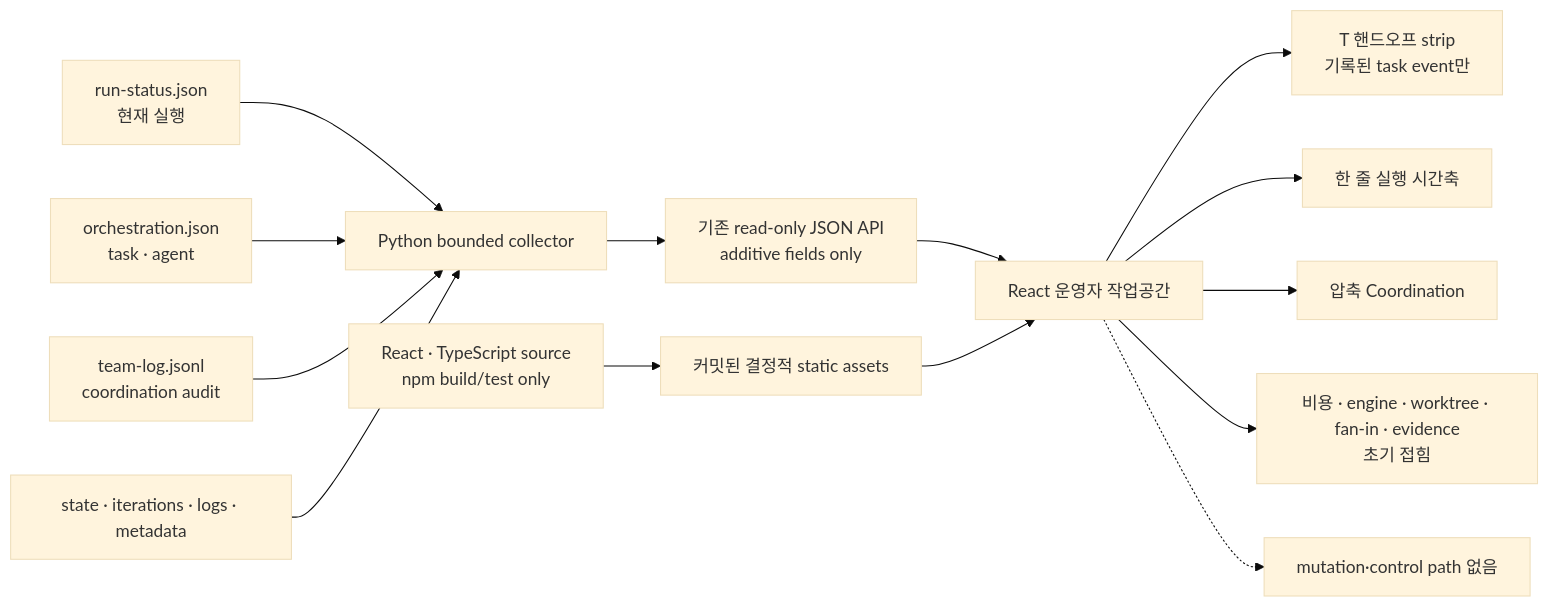
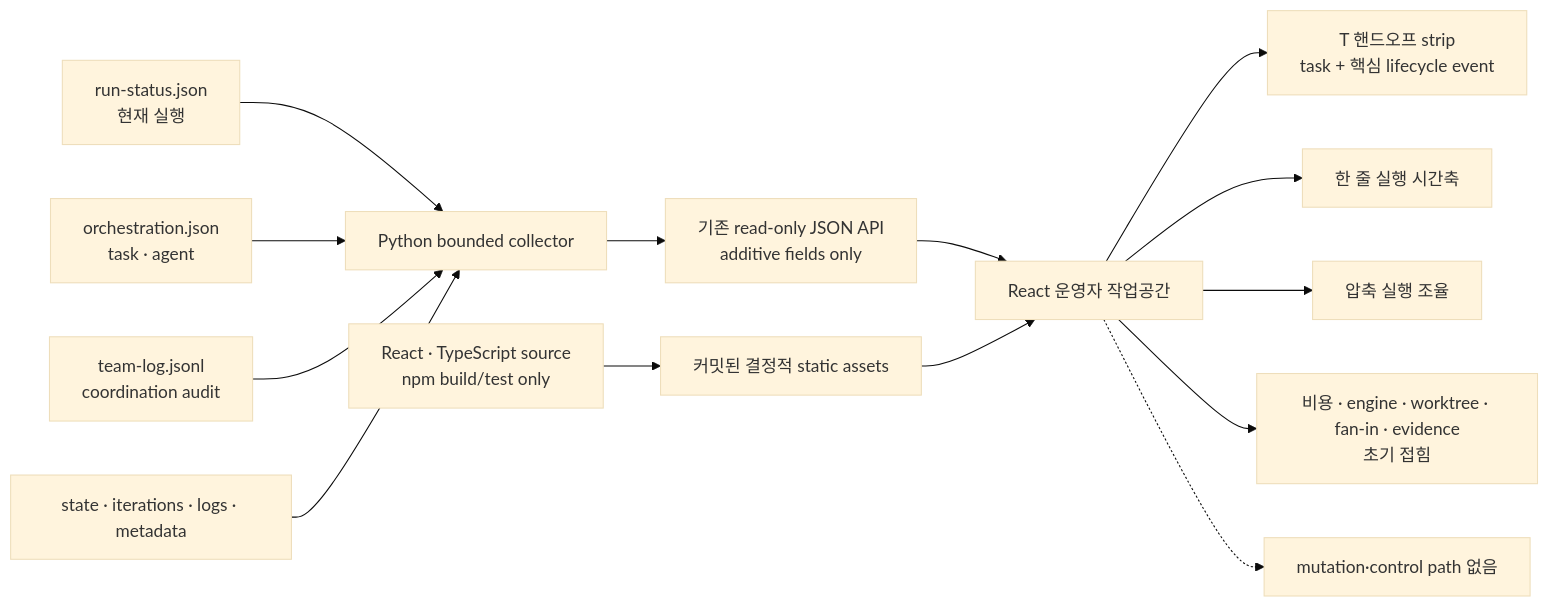
The diagram in docs/specs/2026-08-19-autoloop-dashboard-operator-ux.md (nohdol97/nohdol-harness), drawn with Mermaid (base theme) before and after one commit. The commit also changed other lines of this file and 5 other files, not shown here.

````diff
--- a/docs/specs/2026-08-19-autoloop-dashboard-operator-ux.md
+++ b/docs/specs/2026-08-19-autoloop-dashboard-operator-ux.md
@@ -61,16 +61,16 @@
 ```mermaid
 flowchart LR
   RUN["run-status.json<br/>현재 실행"] --> COLLECT["Python bounded collector"]
   ORCH["orchestration.json<br/>task · agent"] --> COLLECT
   TEAM["team-log.jsonl<br/>coordination audit"] --> COLLECT
   OTHER["state · iterations · logs · metadata"] --> COLLECT
   COLLECT --> API["기존 read-only JSON API<br/>additive fields only"]
   BUILD["React · TypeScript source<br/>npm build/test only"] --> DIST["커밋된 결정적 static assets"]
   API --> APP["React 운영자 작업공간"]
   DIST --> APP
-  APP --> HANDOFF["T 핸드오프 strip<br/>기록된 task event만"]
+  APP --> HANDOFF["T 핸드오프 strip<br/>task + 핵심 lifecycle event"]
   APP --> ACTIVITY["한 줄 실행 시간축"]
-  APP --> COORD["압축 Coordination"]
+  APP --> COORD["압축 실행 조율"]
   APP --> DETAILS["비용 · engine · worktree · fan-in · evidence<br/>초기 접힘"]
   APP -.-> CONTROL["mutation·control path 없음"]
 ```
````
